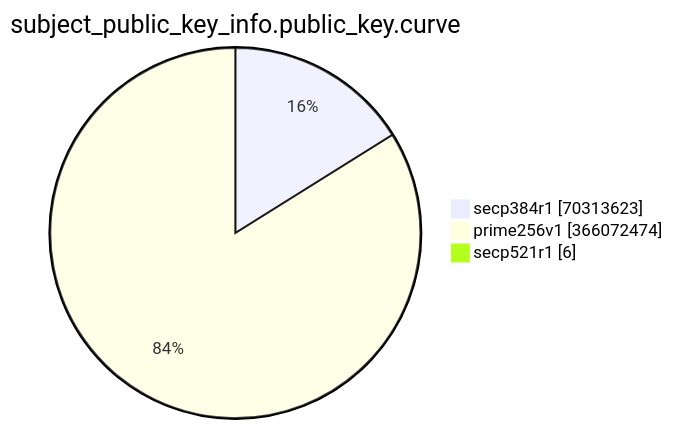
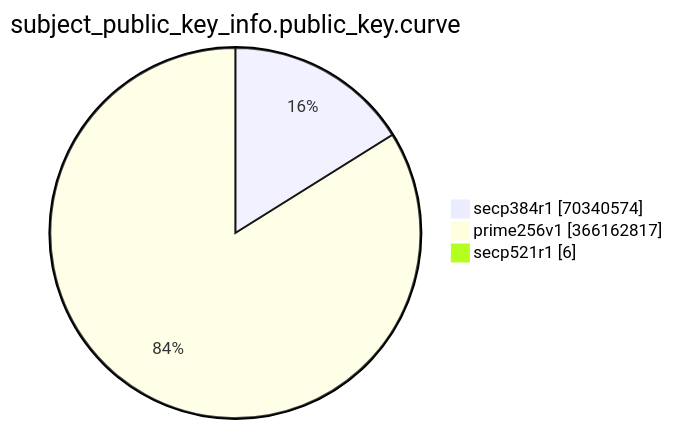
One commit to christiankrug/ctmonitor_visualization changed the eighth of 15 diagrams in TOTAL/README.md. Above: the diagram before and after it, drawn with Mermaid. The commit also changed other lines of this file, not shown here.

````diff
--- a/TOTAL/README.md
+++ b/TOTAL/README.md
@@ -3093,7 +3093,7 @@
 ```mermaid
 pie showData
 title subject_public_key_info.public_key.curve
-"secp384r1" :70313623
-"prime256v1" :366072474
+"secp384r1" :70340574
+"prime256v1" :366162817
 "secp521r1" :6
 ```
````
